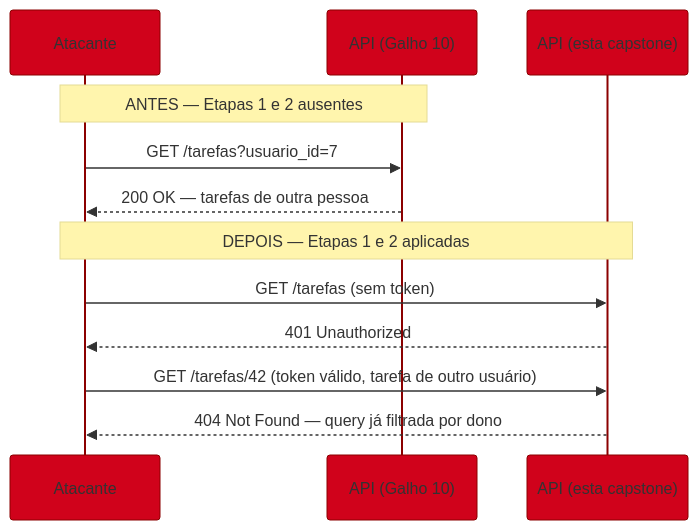
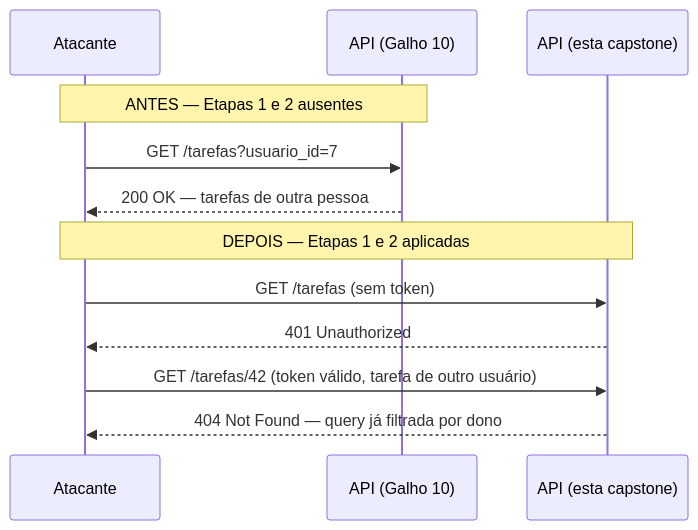
Before and after one commit to josenaldo/codex-technomanticus: the second of 3 diagrams in 03-Dominios/Tecnologia/Python/Segurança/09 - Capstone — hardening da API do Galho 10.md, drawn with Mermaid. The commit also changed other lines of this file and 1181 other files, not shown here.

First line of the commit message:
fix(diagramas): paleta do sistema no lugar de cor cravada no markdown

````diff
--- a/03-Dominios/Tecnologia/Python/Segurança/09 - Capstone — hardening da API do Galho 10.md
+++ b/03-Dominios/Tecnologia/Python/Segurança/09 - Capstone — hardening da API do Galho 10.md
@@ -285,17 +286,16 @@
 ```mermaid
-%%{init: {"theme": "base", "themeVariables": {"primaryColor": "#D0021B", "primaryBorderColor": "#8B0000", "lineColor": "#D0021B"}}}%%
 sequenceDiagram
     participant Atacante
     participant API_Antes as API (Galho 10)
     participant API_Depois as API (esta capstone)
 
     Note over Atacante,API_Antes: ANTES — Etapas 1 e 2 ausentes
     Atacante->>API_Antes: GET /tarefas?usuario_id=7
     API_Antes-->>Atacante: 200 OK — tarefas de outra pessoa
 
     Note over Atacante,API_Depois: DEPOIS — Etapas 1 e 2 aplicadas
     Atacante->>API_Depois: GET /tarefas (sem token)
     API_Depois-->>Atacante: 401 Unauthorized
     Atacante->>API_Depois: GET /tarefas/42 (token válido, tarefa de outro usuário)
     API_Depois-->>Atacante: 404 Not Found — query já filtrada por dono
 ```
````
